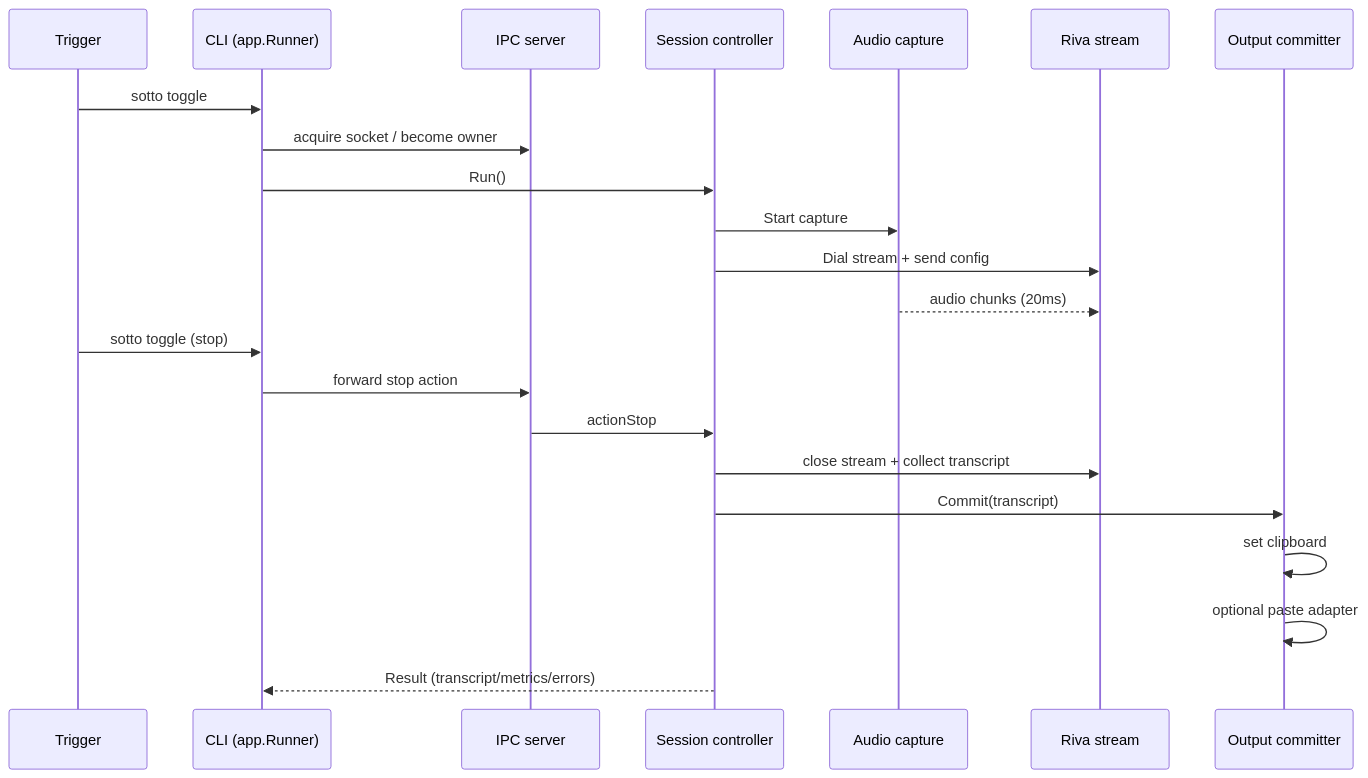
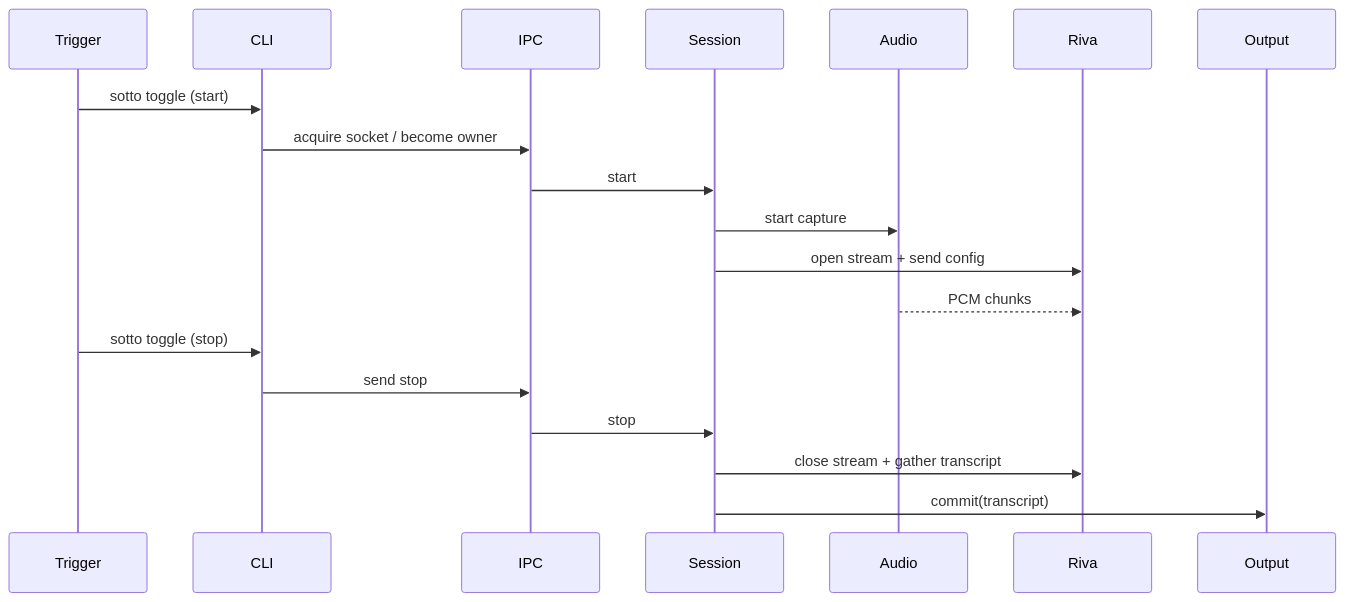
Before and after one commit to rbright/sotto: the second of 2 diagrams in docs/architecture.md, drawn with Mermaid. The commit also changed other lines of this file and 14 other files, not shown here.

````diff
--- a/docs/architecture.md
+++ b/docs/architecture.md
@@ -41,26 +42,23 @@
 ```mermaid
 sequenceDiagram
     participant T as Trigger
-    participant C as CLI (app.Runner)
-    participant I as IPC server
-    participant S as Session controller
-    participant A as Audio capture
-    participant R as Riva stream
-    participant O as Output committer
+    participant C as CLI
+    participant I as IPC
+    participant S as Session
+    participant A as Audio
+    participant R as Riva
+    participant O as Output
 
-    T->>C: sotto toggle
+    T->>C: sotto toggle (start)
     C->>I: acquire socket / become owner
-    C->>S: Run()
-    S->>A: Start capture
-    S->>R: Dial stream + send config
-    A-->>R: audio chunks (20ms)
+    I->>S: start
+    S->>A: start capture
+    S->>R: open stream + send config
+    A-->>R: PCM chunks
 
     T->>C: sotto toggle (stop)
-    C->>I: forward stop action
-    I->>S: actionStop
-    S->>R: close stream + collect transcript
-    S->>O: Commit(transcript)
-    O->>O: set clipboard
-    O->>O: optional paste adapter
-    S-->>C: Result (transcript/metrics/errors)
+    C->>I: send stop
+    I->>S: stop
+    S->>R: close stream + gather transcript
+    S->>O: commit(transcript)
 ```
````
